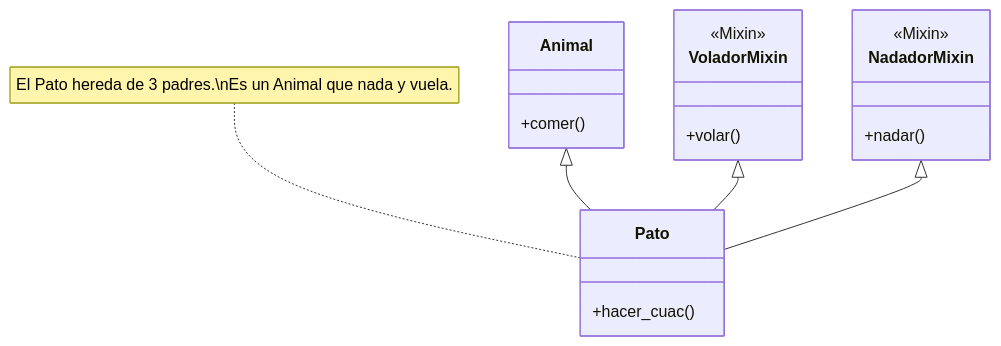
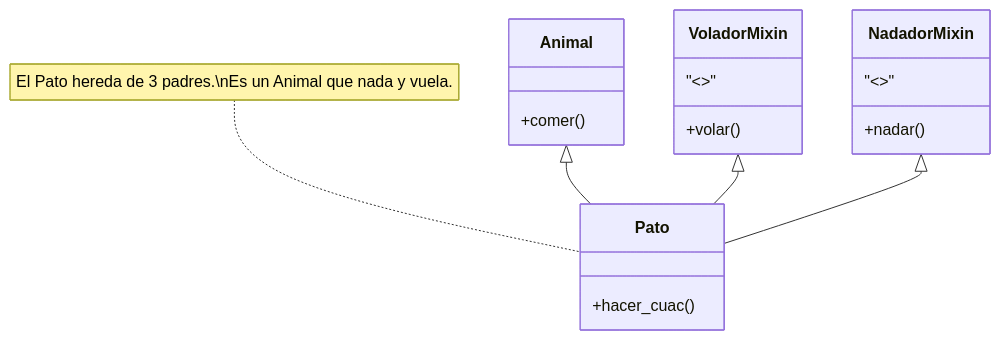
The diagram in 01_Dominio_del_Lenguaje/03_POO/03_guia_poo.md (FelipeEstrellaPro/Learning-Python), drawn with Mermaid before and after one commit. The commit also changed 3 other files, not shown here.

Commit message:
Fix: Robust quoting for Mermaid diagrams in Errors and Profiling guides

````diff
--- a/01_Dominio_del_Lenguaje/03_POO/03_guia_poo.md
+++ b/01_Dominio_del_Lenguaje/03_POO/03_guia_poo.md
@@ -33,24 +33,24 @@
 ```mermaid
 classDiagram
     class Animal {
         +comer()
     }
     class VoladorMixin {
-        <<Mixin>>
+        "<<Mixin>>"
         +volar()
     }
     class NadadorMixin {
-        <<Mixin>>
+        "<<Mixin>>"
         +nadar()
     }
     class Pato {
         +hacer_cuac()
     }
     
     %% Herencia
     Animal <|-- Pato
     VoladorMixin <|-- Pato
     NadadorMixin <|-- Pato
     
     note for Pato "El Pato hereda de 3 padres.\nEs un Animal que nada y vuela."
 ```
````
